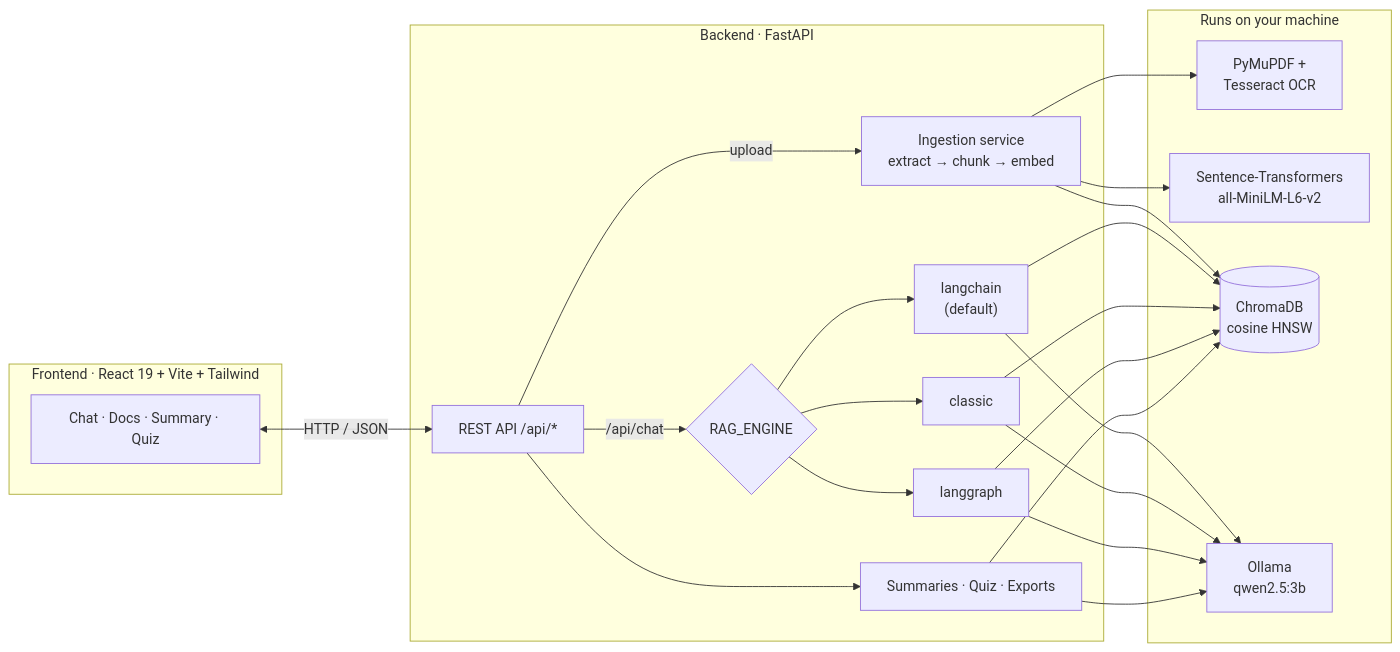
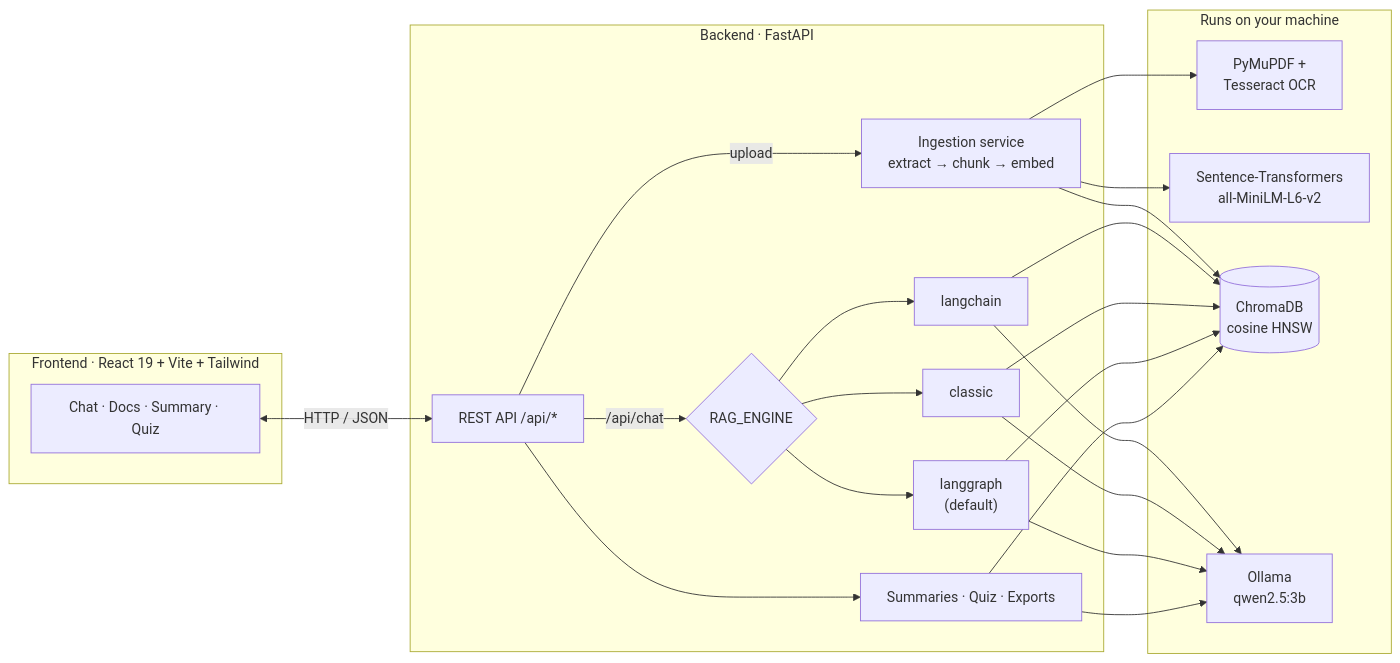
The first of 2 diagrams in README.md (youssefdhouib/Local-Multi-PDF-RAG-Assistant), drawn with Mermaid before and after one commit. The commit also changed other lines of this file and 4 other files, not shown here.

````diff
--- a/README.md
+++ b/README.md
@@ -73,42 +73,42 @@
 ```mermaid
 flowchart LR
     subgraph FE["Frontend · React 19 + Vite + Tailwind"]
         UI["Chat · Docs · Summary · Quiz"]
     end
 
     subgraph BE["Backend · FastAPI"]
         API["REST API /api/*"]
         ING["Ingestion service<br/>extract → chunk → embed"]
         ENG{"RAG_ENGINE"}
-        LC["langchain<br/>(default)"]
+        LC["langchain"]
         CL["classic"]
-        LG["langgraph"]
+        LG["langgraph<br/>(default)"]
         FT["Summaries · Quiz · Exports"]
     end
 
     subgraph LOCAL["Runs on your machine"]
         OCR["PyMuPDF +<br/>Tesseract OCR"]
         EMB["Sentence-Transformers<br/>all-MiniLM-L6-v2"]
         VDB[("ChromaDB<br/>cosine HNSW")]
         LLM["Ollama<br/>qwen2.5:3b"]
     end
 
     UI <-->|HTTP / JSON| API
     API -->|upload| ING
     ING --> OCR
     ING --> EMB
     ING --> VDB
     API -->|/api/chat| ENG
     ENG --> LC
     ENG --> CL
     ENG --> LG
     LC --> VDB
     CL --> VDB
     LG --> VDB
     LC --> LLM
     CL --> LLM
     LG --> LLM
     API --> FT
     FT --> VDB
     FT --> LLM
 ```
````
